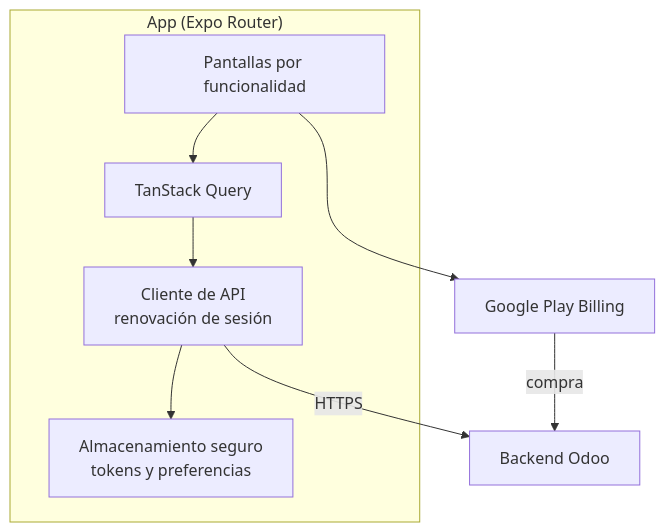
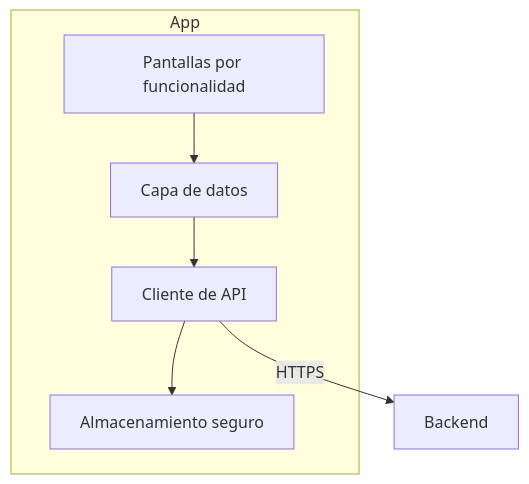
Before and after one commit to Jeisondls/planner-mobile: the diagram in README.md, drawn with Mermaid. The commit also changed other lines of this file, not shown here.

First line of the commit message:
docs: reduce architecture details in public README

````diff
--- a/README.md
+++ b/README.md
@@ -24,14 +20,12 @@
 ```mermaid
 flowchart TB
-    subgraph App["App (Expo Router)"]
+    subgraph App
         UI[Pantallas por funcionalidad]
-        Q[TanStack Query]
-        API[Cliente de API<br/>renovación de sesión]
-        S[Almacenamiento seguro<br/>tokens y preferencias]
+        Q[Capa de datos]
+        API[Cliente de API]
+        S[Almacenamiento seguro]
     end
     UI --> Q --> API
     API --> S
-    API -->|HTTPS| BE[Backend Odoo]
-    UI --> IAP[Google Play Billing]
-    IAP -->|compra| BE
+    API -->|HTTPS| BE[Backend]
 ```
````
